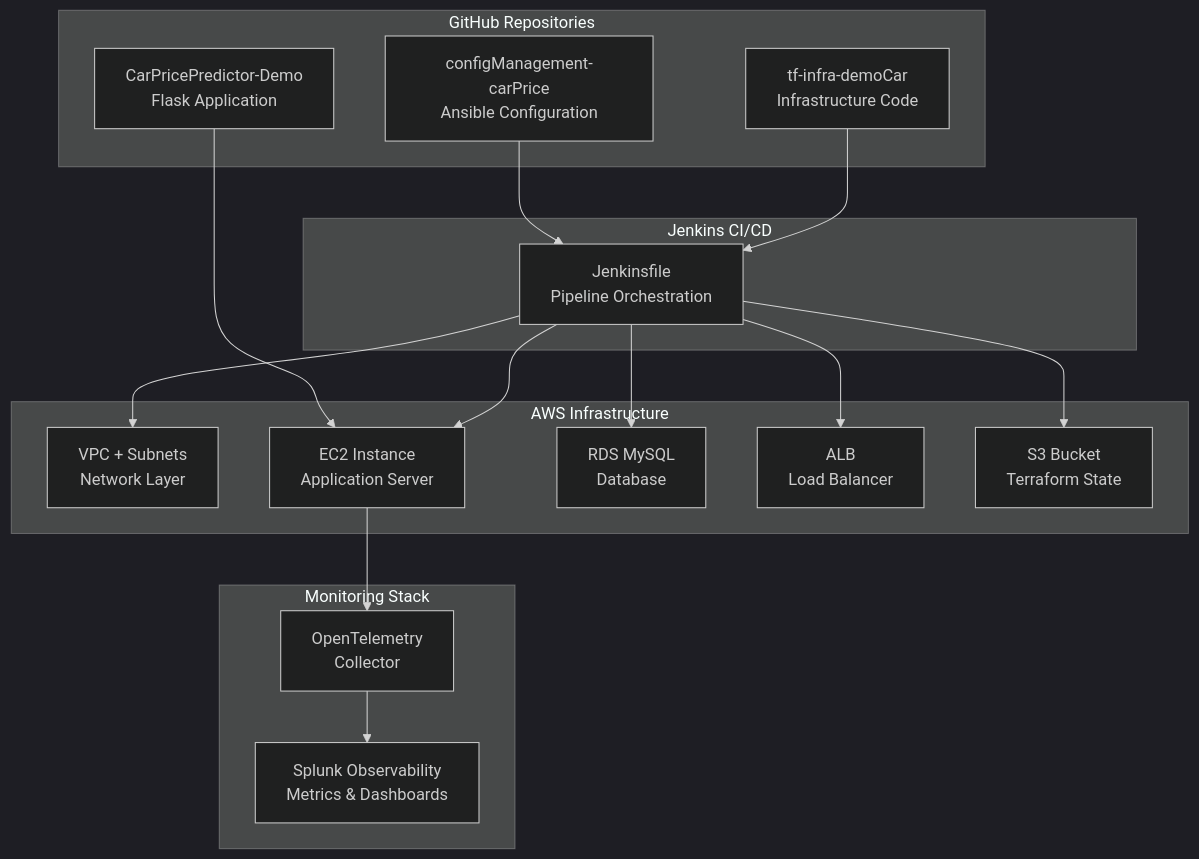
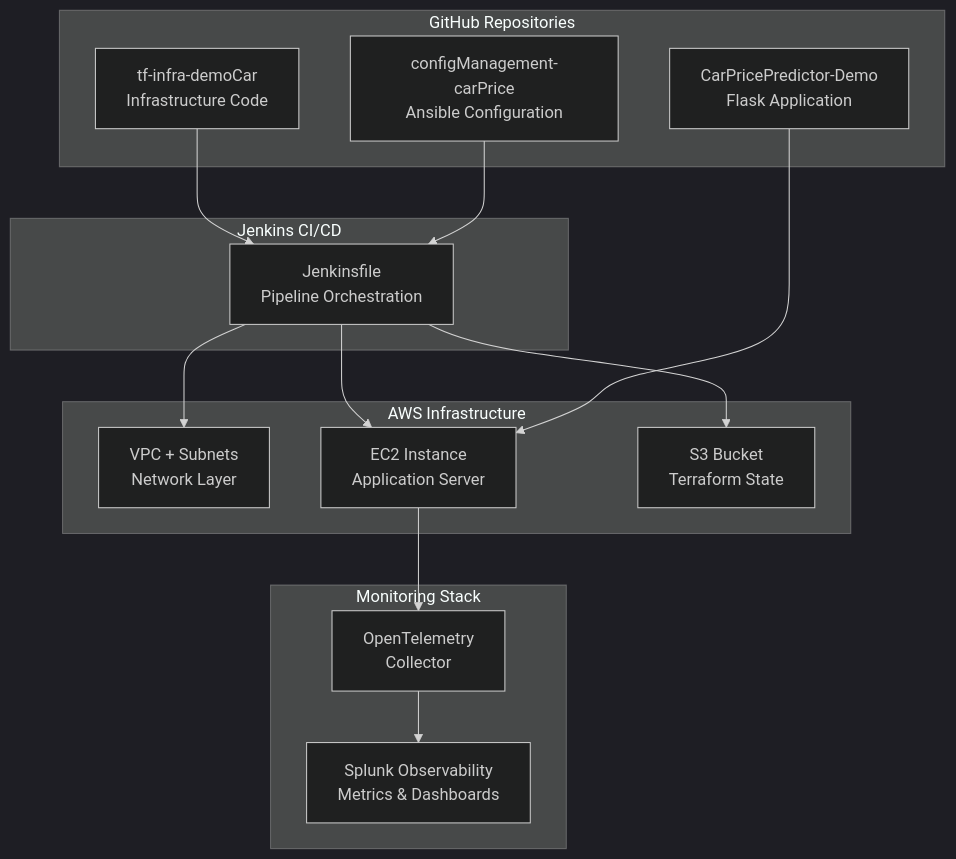
One commit to andreaendigital/CarPricePredictor-Demo changed the diagram in docs/jenkins/DOCUMENTATION_FOR_EXPO.md. Above: the diagram before and after it, drawn with Mermaid (dark theme). The commit also changed other lines of this file, not shown here.

First line of the commit message:
docs: update EXPO documentation with production endpoints and clean architecture

````diff
--- a/docs/jenkins/DOCUMENTATION_FOR_EXPO.md
+++ b/docs/jenkins/DOCUMENTATION_FOR_EXPO.md
@@ -17,36 +17,32 @@
 ```mermaid
 graph TB
     subgraph "GitHub Repositories"
         A[tf-infra-demoCar<br/>Infrastructure Code]
         B[configManagement-carPrice<br/>Ansible Configuration]
         C[CarPricePredictor-Demo<br/>Flask Application]
     end
 
     subgraph "Jenkins CI/CD"
         D[Jenkinsfile<br/>Pipeline Orchestration]
     end
 
     subgraph "AWS Infrastructure"
         E[VPC + Subnets<br/>Network Layer]
         F[EC2 Instance<br/>Application Server]
-        G[RDS MySQL<br/>Database]
-        H[ALB<br/>Load Balancer]
         I[S3 Bucket<br/>Terraform State]
     end
 
     subgraph "Monitoring Stack"
         J[Splunk Observability<br/>Metrics & Dashboards]
         K[OpenTelemetry<br/>Collector]
     end
 
     A --> D
     B --> D
     D --> E
     D --> F
-    D --> G
-    D --> H
     D --> I
     C --> F
     F --> K
     K --> J
 ```
````
